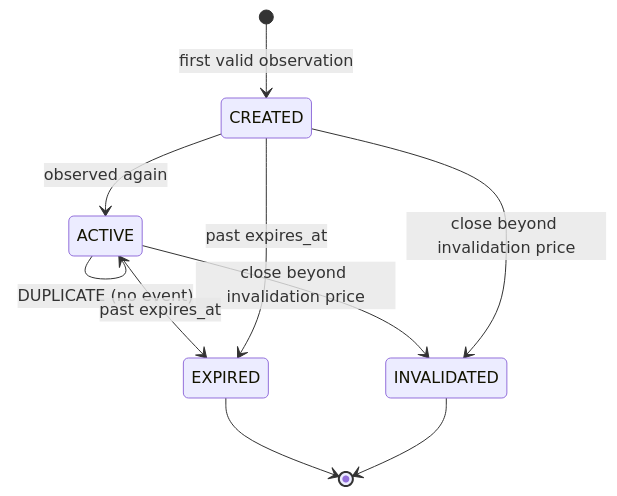
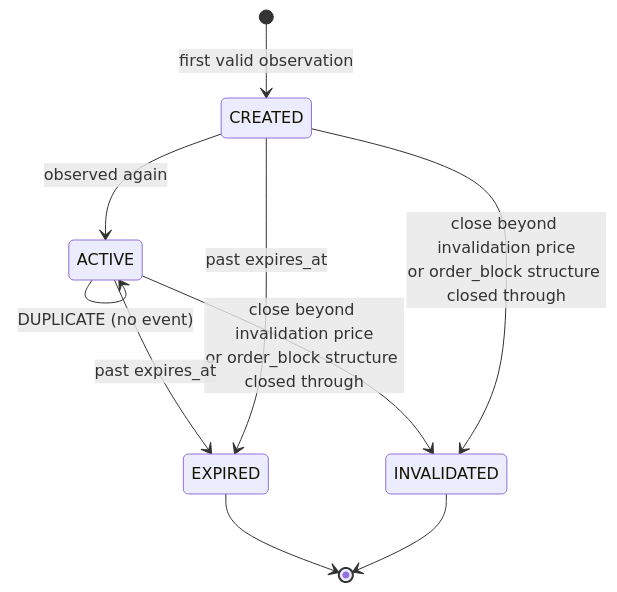
Before and after one commit to st-mich43l/apexvoid-trading-bot: the fifth of 6 diagrams in docs/analysis-engine.md, drawn with Mermaid. The commit also changed other lines of this file and 1 other file, not shown here.

Commit message:
docs: update the #823 diagrams and order_block spec for the v6 definition

````diff
--- a/docs/analysis-engine.md
+++ b/docs/analysis-engine.md
@@ -122,12 +129,12 @@
 ```mermaid
 stateDiagram-v2
   [*] --> CREATED: first valid observation
   CREATED --> ACTIVE: observed again
   ACTIVE --> ACTIVE: DUPLICATE (no event)
-  CREATED --> INVALIDATED: close beyond invalidation price
-  ACTIVE --> INVALIDATED: close beyond invalidation price
+  CREATED --> INVALIDATED: close beyond invalidation price<br/>or order_block structure closed through
+  ACTIVE --> INVALIDATED: close beyond invalidation price<br/>or order_block structure closed through
   CREATED --> EXPIRED: past expires_at
   ACTIVE --> EXPIRED: past expires_at
   INVALIDATED --> [*]
   EXPIRED --> [*]
 ```
````
